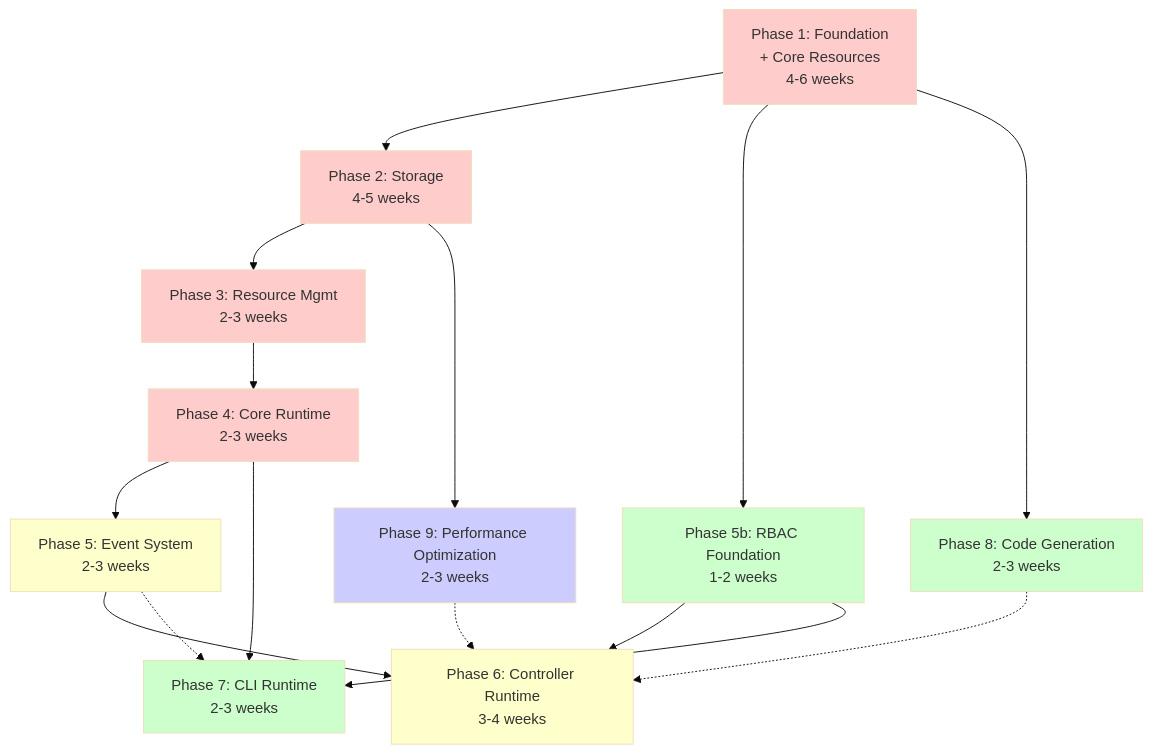
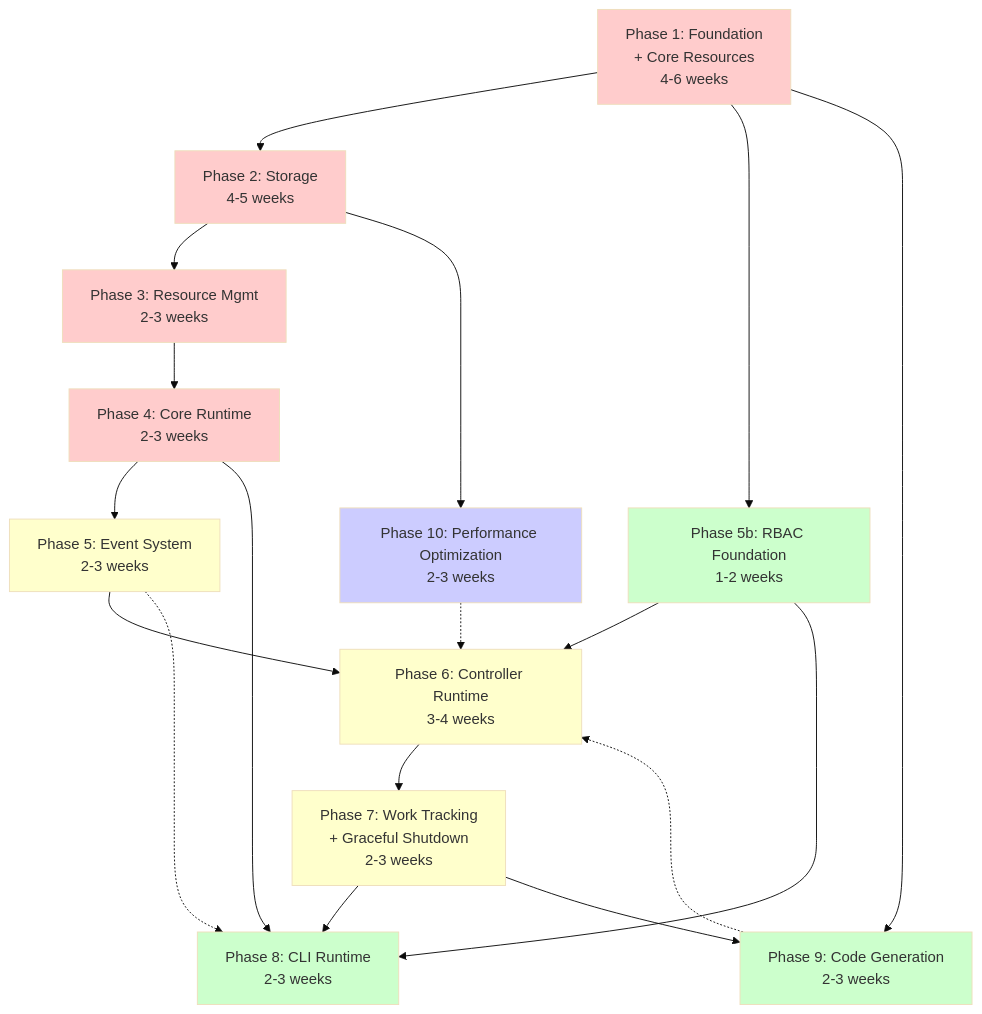
Before and after one commit to dtomasi/k1s: the diagram in docs/Implementation-Plan.md, drawn with Mermaid (base theme). The commit also changed other lines of this file and 6 other files, not shown here.

Commit message:
chore: update architecture docs

````diff
--- a/docs/Implementation-Plan.md
+++ b/docs/Implementation-Plan.md
@@ -784,31 +919,36 @@
 ```mermaid
 graph TD
     P1[Phase 1: Foundation<br/>+ Core Resources<br/>4-6 weeks] --> P2[Phase 2: Storage<br/>4-5 weeks]
     P1 --> P5b[Phase 5b: RBAC Foundation<br/>1-2 weeks]
     P2 --> P3[Phase 3: Resource Mgmt<br/>2-3 weeks]
     P3 --> P4[Phase 4: Core Runtime<br/>2-3 weeks]
     P4 --> P5[Phase 5: Event System<br/>2-3 weeks]
     P5 --> P6[Phase 6: Controller Runtime<br/>3-4 weeks]
-    P4 --> P7[Phase 7: CLI Runtime<br/>2-3 weeks]
-    P1 --> P8[Phase 8: Code Generation<br/>2-3 weeks]
-    P2 --> P9[Phase 9: Performance Optimization<br/>2-3 weeks]
+    P6 --> P7[Phase 7: Work Tracking<br/>+ Graceful Shutdown<br/>2-3 weeks]
+    P4 --> P8[Phase 8: CLI Runtime<br/>2-3 weeks]
+    P1 --> P9[Phase 9: Code Generation<br/>2-3 weeks]
+    P2 --> P10[Phase 10: Performance Optimization<br/>2-3 weeks]
     
     %% RBAC integration points
     P5b --> P6
-    P5b --> P7
+    P5b --> P8
+    
+    %% Work tracking integration points
+    P7 --> P8
+    P7 --> P9
     
     %% Parallel execution paths
-    P5 -.-> P7
-    P8 -.-> P6
+    P5 -.-> P8
     P9 -.-> P6
+    P10 -.-> P6
     
     classDef critical fill:#ffcccc
     classDef high fill:#ffffcc  
     classDef medium fill:#ccffcc
     classDef low fill:#ccccff
     
     class P1,P2,P3,P4 critical
-    class P5,P6 high
-    class P5b,P7,P8 medium
-    class P9 low
+    class P5,P6,P7 high
+    class P5b,P8,P9 medium
+    class P10 low
 ```
````
